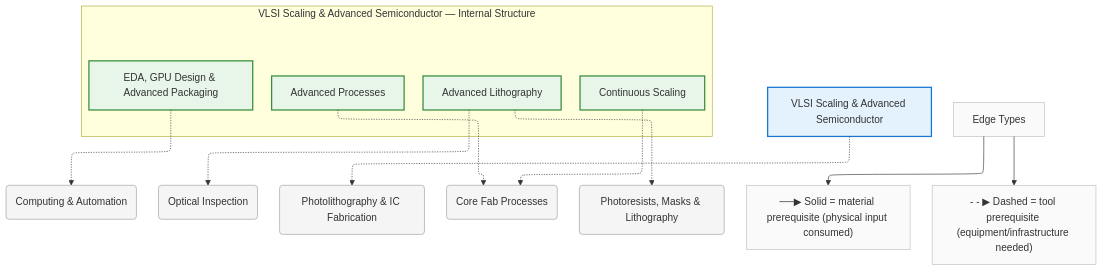
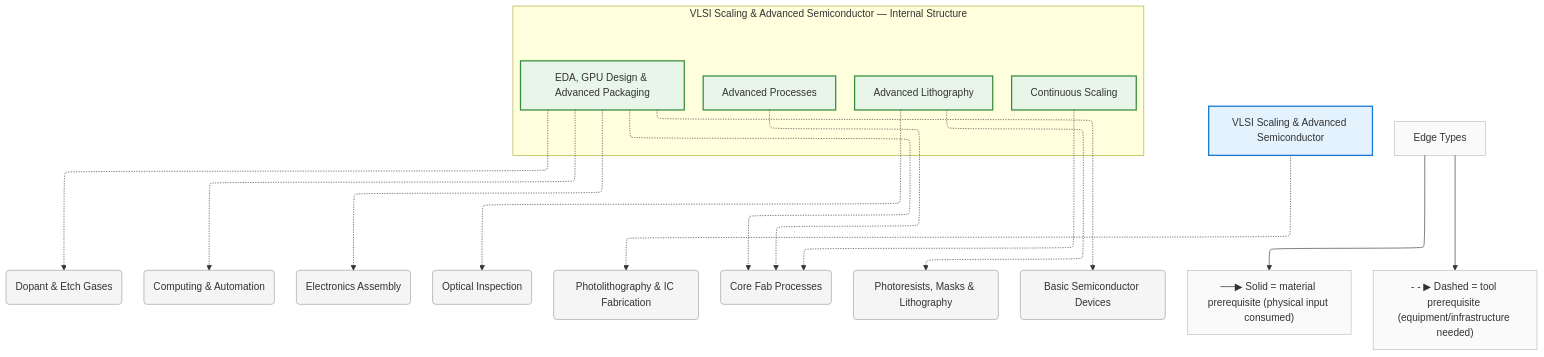
One commit to egofree/TechTree changed the diagram in diagrams/mermaid/vlsi-scaling.mmd. Above: the diagram before and after it, drawn with Mermaid. The commit also changed 47 other files, not shown here.

```diff
--- a/diagrams/mermaid/vlsi-scaling.mmd
+++ b/diagrams/mermaid/vlsi-scaling.mmd
@@ -1,56 +1,66 @@
 %%{init: {"flowchart": {"defaultRenderer": "elk", "htmlLabels": true}}}%%
 graph TD
     %% Domain: VLSI Scaling & Advanced Semiconductor
 
     %% ==================== INTERNAL NODES ====================
     subgraph vlsi-scaling_internal ["VLSI Scaling & Advanced Semiconductor — Internal Structure"]
         direction TB
         vlsi-scaling_continuous-scaling["Continuous Scaling"]
         vlsi-scaling_advanced-lithography["Advanced Lithography"]
         vlsi-scaling_advanced-processes["Advanced Processes"]
         vlsi-scaling_eda-design["EDA, GPU Design & Advanced Packaging"]
     end
 
     %% ==================== DOMAIN NODE ====================
     vlsi-scaling["VLSI Scaling & Advanced Semiconductor"]
 
     %% ==================== EXTERNAL DEPENDENCIES ====================
+    chemistry_dopant-etch-gases("Dopant & Etch Gases")
     computing("Computing & Automation")
+    electronics_assembly("Electronics Assembly")
     optics_inspection("Optical Inspection")
     photolithography("Photolithography & IC Fabrication")
     photolithography_fab-processes("Core Fab Processes")
     photolithography_resists-masks("Photoresists, Masks & Lithography")
+    silicon_basic-devices("Basic Semiconductor Devices")
 
     %% ==================== EDGES ====================
     vlsi-scaling -.-> photolithography
     vlsi-scaling_continuous-scaling -.-> photolithography_fab-processes
     vlsi-scaling_advanced-lithography -.-> photolithography_resists-masks
     vlsi-scaling_advanced-lithography -.-> optics_inspection
     vlsi-scaling_advanced-processes -.-> photolithography_fab-processes
     vlsi-scaling_eda-design -.-> computing
+    vlsi-scaling_eda-design -.-> photolithography_fab-processes
+    vlsi-scaling_eda-design -.-> silicon_basic-devices
+    vlsi-scaling_eda-design -.-> chemistry_dopant-etch-gases
+    vlsi-scaling_eda-design -.-> electronics_assembly
 
     %% ==================== EDGE TYPE LEGEND ====================
     EdgeLegend["Edge Types"]
     EdgeLegend --> MatNote["──▶ Solid = material prerequisite (physical input consumed)"]
     EdgeLegend --> ToolNote["- - ▶ Dashed = tool prerequisite (equipment/infrastructure needed)"]
 
     %% ==================== STYLING ====================
     classDef domain fill:#e3f2fd,stroke:#1976d2,stroke-width:2px
     classDef capability fill:#e8f5e9,stroke:#388e3c,stroke-width:2px
     classDef process fill:#fff3e0,stroke:#f57c00,stroke-width:2px
     classDef critical fill:#fff3e0,stroke:#f57c00,stroke-width:3px
     classDef earlyWin fill:#e8f5e9,stroke:#388e3c,stroke-width:3px
     classDef pinnacle fill:#fce4ec,stroke:#c62828,stroke-width:3px
     classDef external fill:#f5f5f5,stroke:#9e9e9e,stroke-width:1px
     classDef legend fill:#fafafa,stroke:#bdbdbd,stroke-width:1px
     class vlsi-scaling domain
     class vlsi-scaling_continuous-scaling capability
     class vlsi-scaling_advanced-lithography capability
     class vlsi-scaling_advanced-processes capability
     class vlsi-scaling_eda-design capability
+    class chemistry_dopant-etch-gases external
     class computing external
+    class electronics_assembly external
     class optics_inspection external
     class photolithography external
     class photolithography_fab-processes external
     class photolithography_resists-masks external
+    class silicon_basic-devices external
     class EdgeLegend,MatNote,ToolNote legend
```
